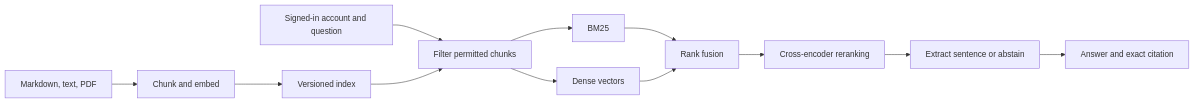
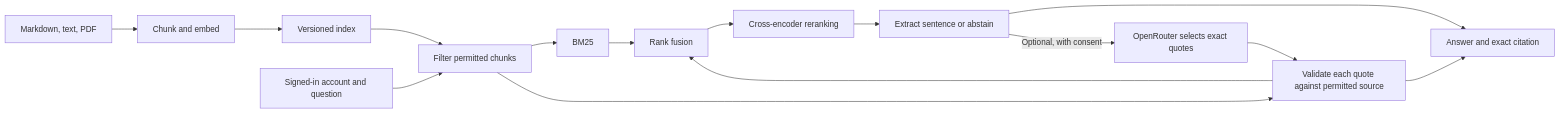
The diagram in README.md (saidarshan20/GroundedDocs), drawn with Mermaid before and after one commit. The commit also changed other lines of this file and 6 other files, not shown here.

Commit message:
Add grounded OpenRouter quote organization

````diff
--- a/README.md
+++ b/README.md
@@ -38,14 +44,17 @@
 ```mermaid
 flowchart LR
     D[Markdown, text, PDF] --> I[Chunk and embed]
     I --> X[Versioned index]
     U[Signed-in account and question] --> A[Filter permitted chunks]
     X --> A
     A --> K[BM25]
     A --> V[Dense vectors]
     K --> F[Rank fusion]
     V --> F
     F --> R[Cross-encoder reranking]
     R --> E[Extract sentence or abstain]
     E --> C[Answer and exact citation]
+    E -->|Optional, with consent| O[OpenRouter selects exact quotes]
+    O --> V[Validate each quote against permitted source]
+    V --> C
 ```
````
